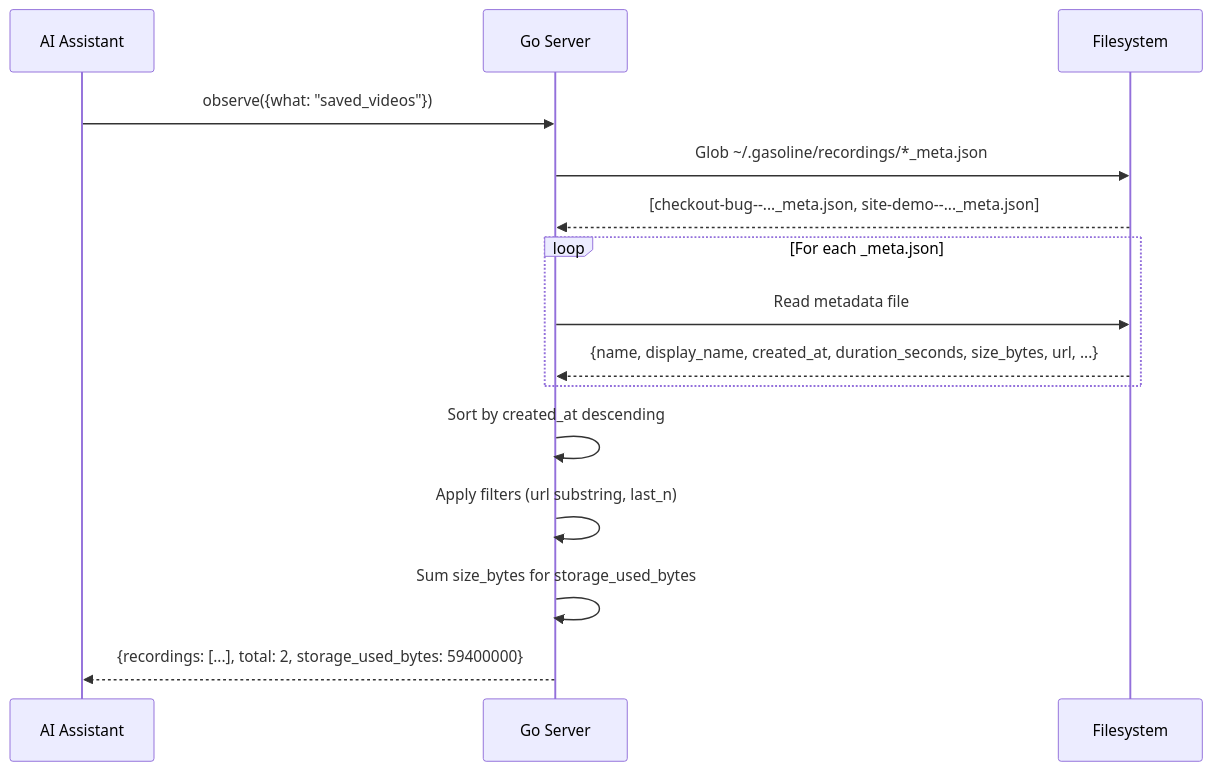
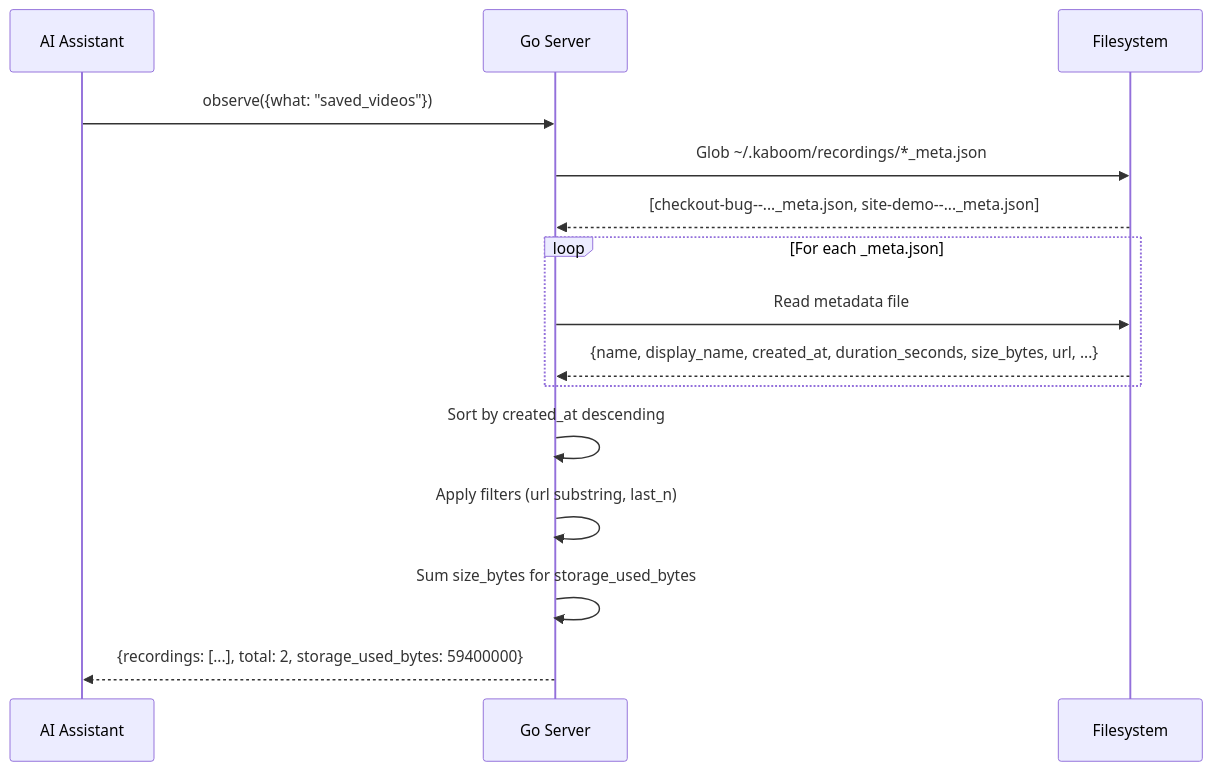
The third of 10 diagrams in docs/features/feature/tab-recording/tech-spec.md (brennhill/gasoline-mcp-ai-devtools), drawn with Mermaid before and after one commit. The commit also changed other lines of this file and 1983 other files, not shown here.

````diff
--- a/docs/features/feature/tab-recording/tech-spec.md
+++ b/docs/features/feature/tab-recording/tech-spec.md
@@ -103,20 +103,20 @@
 ```mermaid
 sequenceDiagram
     participant AI as AI Assistant
     participant Server as Go Server
     participant Disk as Filesystem
 
     AI->>Server: observe({what: "saved_videos"})
-    Server->>Disk: Glob ~/.gasoline/recordings/*_meta.json
+    Server->>Disk: Glob ~/.kaboom/recordings/*_meta.json
     Disk-->>Server: [checkout-bug--..._meta.json, site-demo--..._meta.json]
 
     loop For each _meta.json
         Server->>Disk: Read metadata file
         Disk-->>Server: {name, display_name, created_at, duration_seconds, size_bytes, url, ...}
     end
 
     Server->>Server: Sort by created_at descending
     Server->>Server: Apply filters (url substring, last_n)
     Server->>Server: Sum size_bytes for storage_used_bytes
     Server-->>AI: {recordings: [...], total: 2, storage_used_bytes: 59400000}
 ```
````
